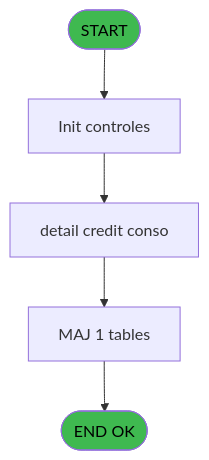
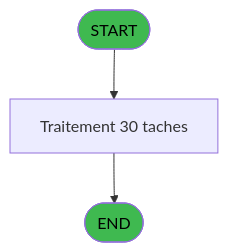
Before and after one commit to thonyAGP/magic-migration: the second of 4 diagrams in .openspec/specs/ADH-IDE-79.md, drawn with Mermaid. The commit also changed other lines of this file and 311 other files, not shown here.

````diff
--- a/.openspec/specs/ADH-IDE-79.md
+++ b/.openspec/specs/ADH-IDE-79.md
@@ -879,14 +879,9 @@
 ```mermaid
 flowchart TD
     START([START])
-    INIT[Init controles]
-    SAISIE[detail credit conso]
-    UPDATE[MAJ 1 tables]
-    ENDOK([END OK])
-
-    START --> INIT --> SAISIE
-    SAISIE --> UPDATE --> ENDOK
-
+    PROCESS[Traitement 30 taches]
+    ENDOK([END])
+    START --> PROCESS --> ENDOK
     style START fill:#3fb950,color:#000
     style ENDOK fill:#3fb950,color:#000
 ```
````
